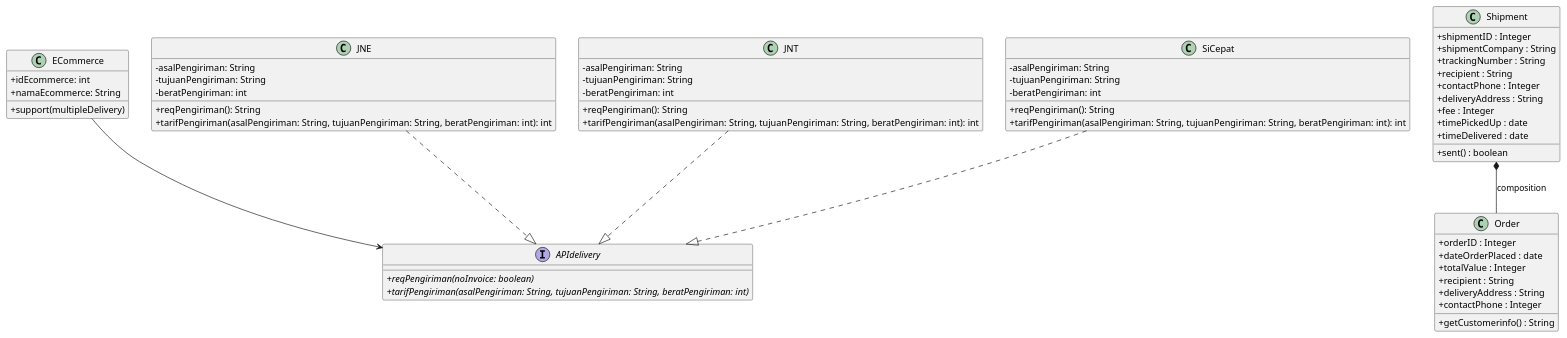
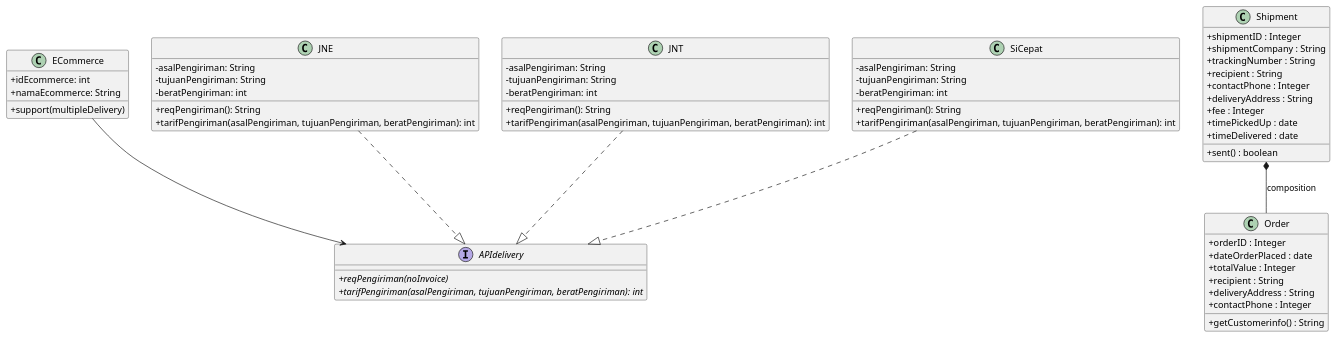
Before and after one commit to farhanzakiputra/pbpu-a-2022: the diagram in Kelompok 5/diagramKel5.plantuml, drawn with PlantUML.

```diff
--- a/Kelompok 5/diagramKel5.plantuml
+++ b/Kelompok 5/diagramKel5.plantuml
@@ -1,87 +1,87 @@
 @startuml
 
 skinparam classAttributeIconSize 0
 /'
 menonaktifkan skin bawaan dari plantUML untuk access modifier (public, private, protected)
 '/
 
 class ECommerce{
     'atribut'
     +idEcommerce: int
     +namaEcommerce: String
     
     'method'
     +support(multipleDelivery)
 }
 
 class JNE{
     'atribut'
     -asalPengiriman: String
     -tujuanPengiriman: String
     -beratPengiriman: int
 
     'method'
     +reqPengiriman(): String
-    +tarifPengiriman(asalPengiriman: String, tujuanPengiriman: String, beratPengiriman: int): int
+    +tarifPengiriman(asalPengiriman, tujuanPengiriman, beratPengiriman): int
 }
 
 class JNT{
     'atribut'
     -asalPengiriman: String
     -tujuanPengiriman: String
     -beratPengiriman: int
 
     'method'
     +reqPengiriman(): String
-    +tarifPengiriman(asalPengiriman: String, tujuanPengiriman: String, beratPengiriman: int): int
+    +tarifPengiriman(asalPengiriman, tujuanPengiriman, beratPengiriman): int
 }
 
 class SiCepat{
     'atribut'
     -asalPengiriman: String
     -tujuanPengiriman: String
     -beratPengiriman: int
 
     'method'
     +reqPengiriman(): String
-    +tarifPengiriman(asalPengiriman: String, tujuanPengiriman: String, beratPengiriman: int): int
+    +tarifPengiriman(asalPengiriman, tujuanPengiriman, beratPengiriman): int
 }
 
 interface APIdelivery {
     'method'
-    +{abstract} reqPengiriman(noInvoice: boolean)
-    +{abstract} tarifPengiriman(asalPengiriman: String, tujuanPengiriman: String, beratPengiriman: int)
+    +{abstract} reqPengiriman(noInvoice)
+    +{abstract} tarifPengiriman(asalPengiriman, tujuanPengiriman, beratPengiriman): int
 }
 
 JNE ..|> APIdelivery
 JNT ..|> APIdelivery
 SiCepat ..|> APIdelivery
 ECommerce --> APIdelivery
 
 Shipment *-- Order : composition
 
 class Order {
    +orderID : Integer
    +dateOrderPlaced : date
    +totalValue : Integer
    +recipient : String
    +deliveryAddress : String
    +contactPhone : Integer
    +getCustomerinfo() : String
 }
 
 class Shipment {
    +shipmentID : Integer
    +shipmentCompany : String
    +trackingNumber : String
    +recipient : String
    +contactPhone : Integer
    +deliveryAddress : String
    +fee : Integer
    +timePickedUp : date
    +timeDelivered : date
    +sent() : boolean
 }
 
 
 @enduml
```
